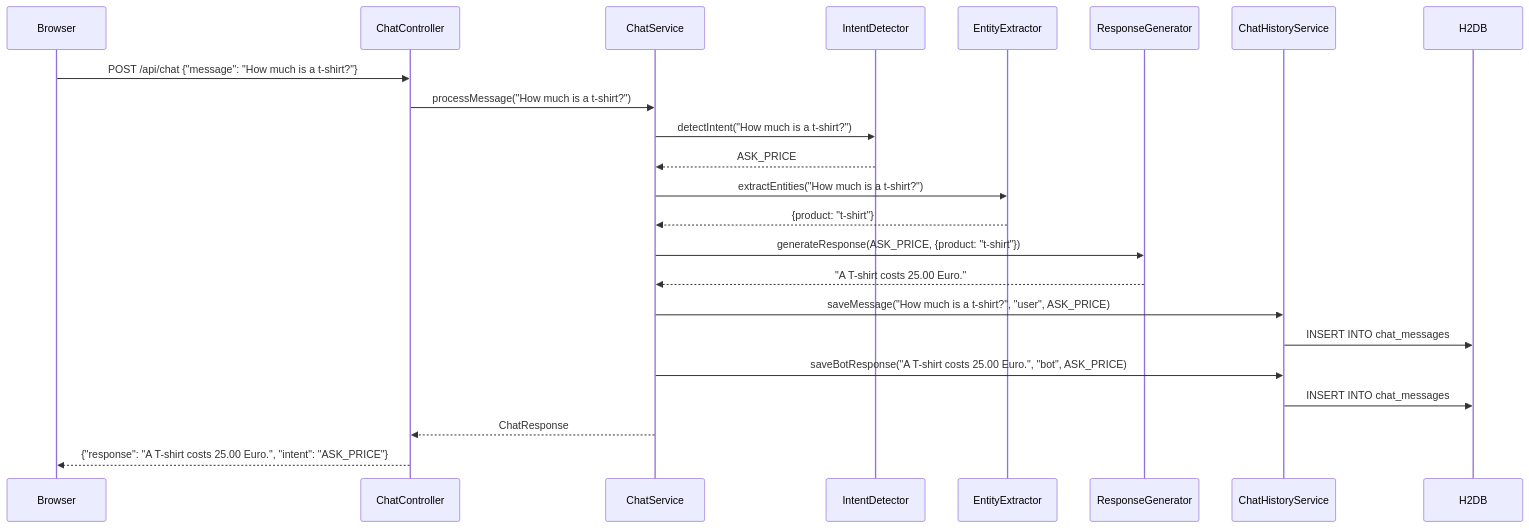
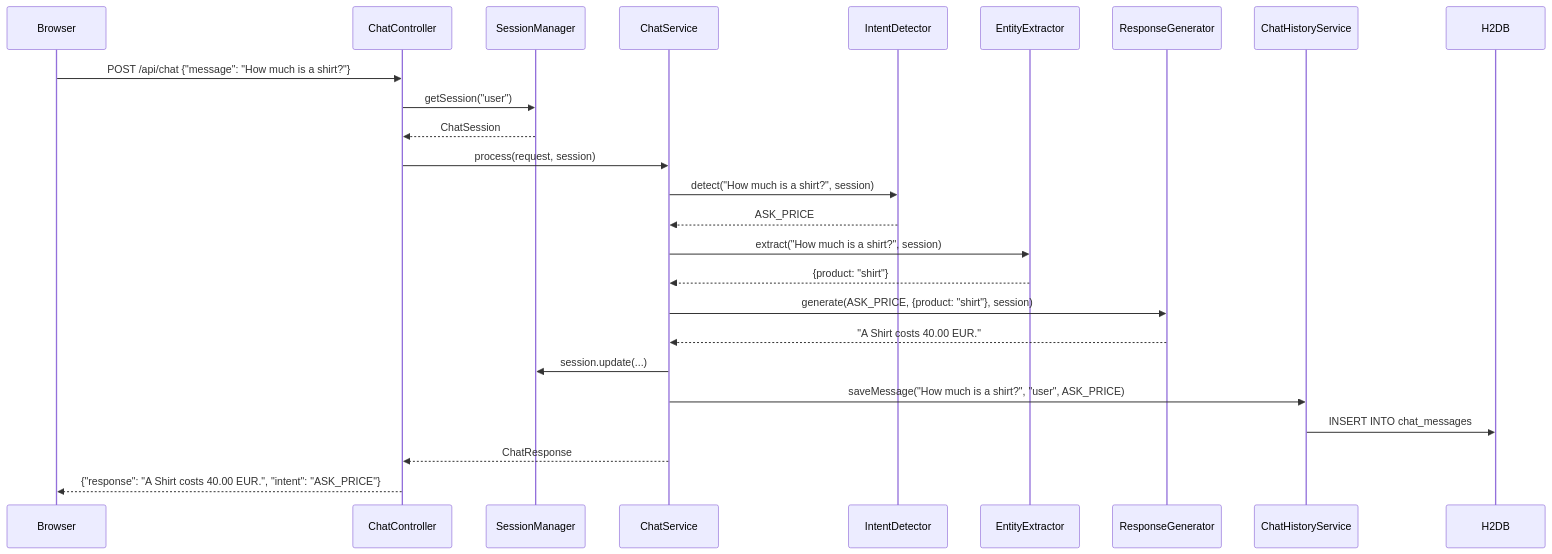
Before and after one commit to R-Yanay/ChatBotJavaSpring: the first of 2 diagrams in README.md, drawn with Mermaid. The commit also changed other lines of this file, not shown here.

````diff
--- a/README.md
+++ b/README.md
@@ -85,26 +111,28 @@
 ```mermaid
 sequenceDiagram
     participant Browser
     participant ChatController
+    participant SessionManager
     participant ChatService
     participant IntentDetector
     participant EntityExtractor
     participant ResponseGenerator
     participant ChatHistoryService
     participant H2DB
 
-    Browser->>ChatController: POST /api/chat {"message": "How much is a t-shirt?"}
-    ChatController->>ChatService: processMessage("How much is a t-shirt?")
-    ChatService->>IntentDetector: detectIntent("How much is a t-shirt?")
+    Browser->>ChatController: POST /api/chat {"message": "How much is a shirt?"}
+    ChatController->>SessionManager: getSession("user")
+    SessionManager-->>ChatController: ChatSession
+    ChatController->>ChatService: process(request, session)
+    ChatService->>IntentDetector: detect("How much is a shirt?", session)
     IntentDetector-->>ChatService: ASK_PRICE
-    ChatService->>EntityExtractor: extractEntities("How much is a t-shirt?")
-    EntityExtractor-->>ChatService: {product: "t-shirt"}
-    ChatService->>ResponseGenerator: generateResponse(ASK_PRICE, {product: "t-shirt"})
-    ResponseGenerator-->>ChatService: "A T-shirt costs 25.00 Euro."
-    ChatService->>ChatHistoryService: saveMessage("How much is a t-shirt?", "user", ASK_PRICE)
-    ChatHistoryService->>H2DB: INSERT INTO chat_messages
-    ChatService->>ChatHistoryService: saveBotResponse("A T-shirt costs 25.00 Euro.", "bot", ASK_PRICE)
+    ChatService->>EntityExtractor: extract("How much is a shirt?", session)
+    EntityExtractor-->>ChatService: {product: "shirt"}
+    ChatService->>ResponseGenerator: generate(ASK_PRICE, {product: "shirt"}, session)
+    ResponseGenerator-->>ChatService: "A Shirt costs 40.00 EUR."
+    ChatService->>SessionManager: session.update(...)
+    ChatService->>ChatHistoryService: saveMessage("How much is a shirt?", "user", ASK_PRICE)
     ChatHistoryService->>H2DB: INSERT INTO chat_messages
     ChatService-->>ChatController: ChatResponse
-    ChatController-->>Browser: {"response": "A T-shirt costs 25.00 Euro.", "intent": "ASK_PRICE"}
+    ChatController-->>Browser: {"response": "A Shirt costs 40.00 EUR.", "intent": "ASK_PRICE"}
 ```
````
